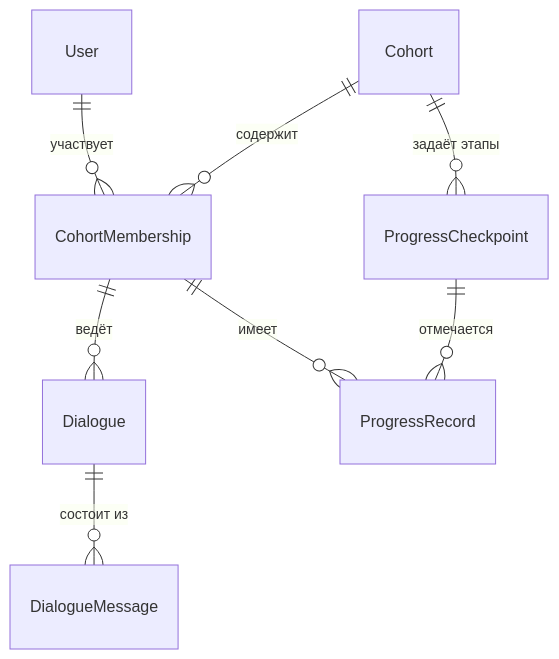
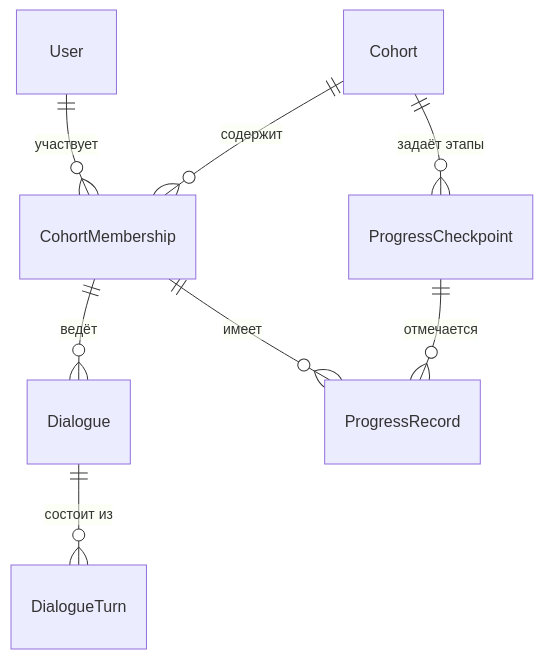
One commit to apfisenko/llmstart-fullstack-live changed the first of 2 diagrams in docs/data-model.md. Above: the diagram before and after it, drawn with Mermaid. The commit also changed other lines of this file and 14 other files, not shown here.

````diff
--- a/docs/data-model.md
+++ b/docs/data-model.md
@@ -125,10 +162,10 @@
 ```mermaid
 erDiagram
   User ||--o{ CohortMembership : "участвует"
   Cohort ||--o{ CohortMembership : "содержит"
   Cohort ||--o{ ProgressCheckpoint : "задаёт этапы"
   CohortMembership ||--o{ Dialogue : "ведёт"
-  Dialogue ||--o{ DialogueMessage : "состоит из"
+  Dialogue ||--o{ DialogueTurn : "состоит из"
   CohortMembership ||--o{ ProgressRecord : "имеет"
   ProgressCheckpoint ||--o{ ProgressRecord : "отмечается"
 ```
````
